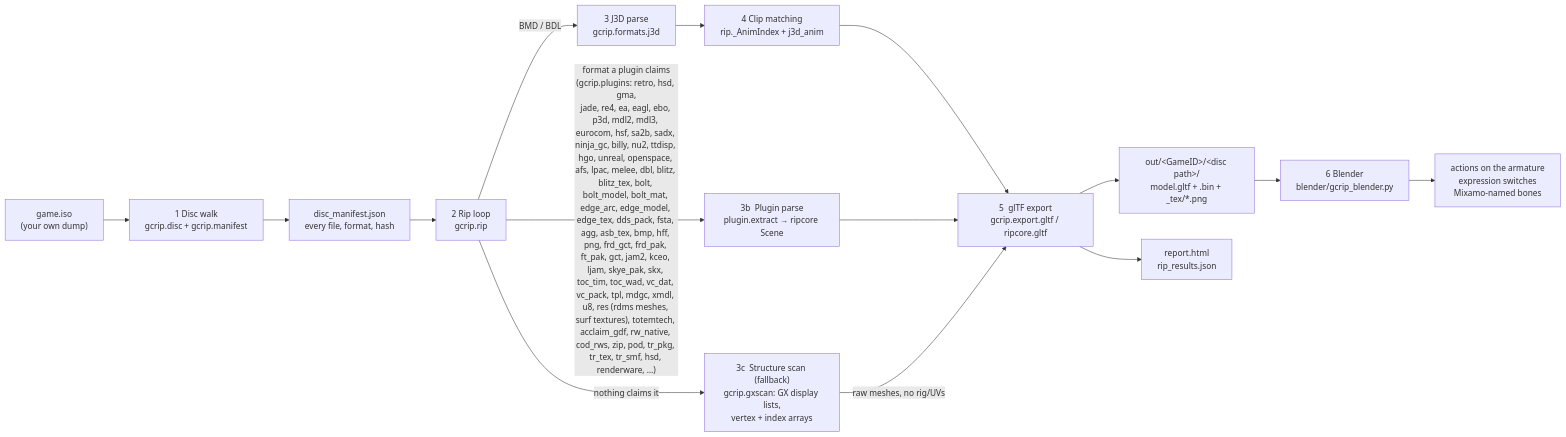
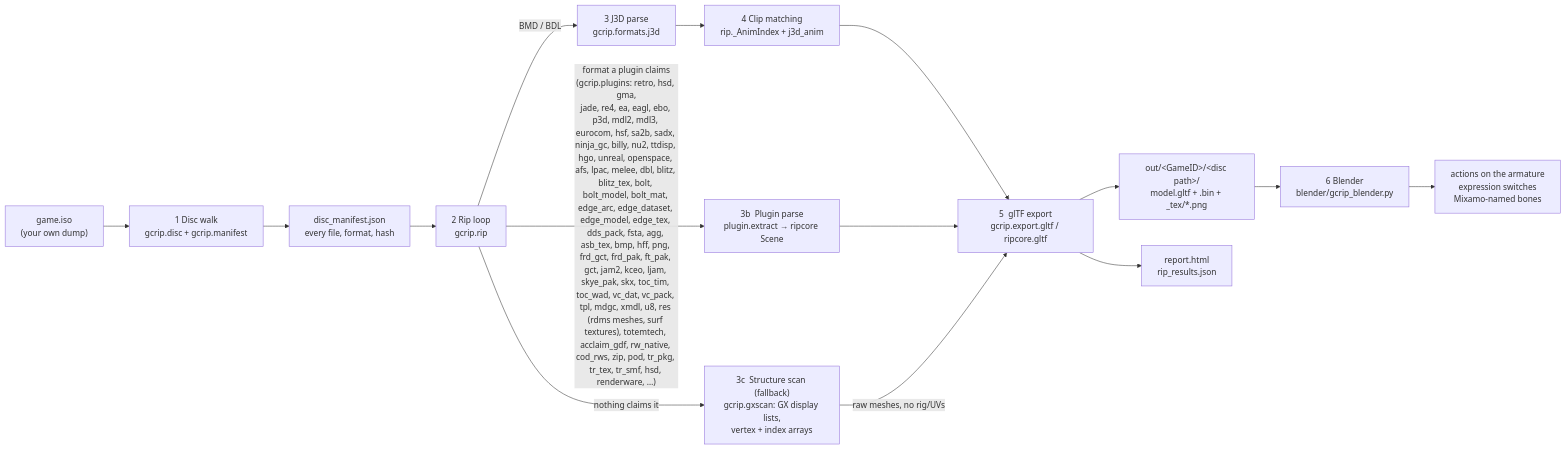
Before and after one commit to Felbs/3d-ripper-9000: the first of 10 diagrams in docs/PIPELINE.md, drawn with Mermaid. The commit also changed other lines of this file and 10 other files, not shown here.

````diff
--- a/docs/PIPELINE.md
+++ b/docs/PIPELINE.md
@@ -11,17 +11,17 @@
 ```mermaid
 flowchart LR
     ISO["game.iso<br/>(your own dump)"] --> WALK["1  Disc walk<br/>gcrip.disc + gcrip.manifest"]
     WALK --> MAN["disc_manifest.json<br/>every file, format, hash"]
     MAN --> RIP["2  Rip loop<br/>gcrip.rip"]
     RIP -->|"BMD / BDL"| J3D["3  J3D parse<br/>gcrip.formats.j3d"]
-    RIP -->|"format a plugin claims<br/>(gcrip.plugins: retro, hsd, gma,<br/>jade, re4, ea, eagl, ebo, p3d, mdl2, mdl3, eurocom, hsf, sa2b, sadx, ninja_gc, billy, nu2, ttdisp, hgo, unreal, openspace, afs, lpac, melee, dbl, blitz, blitz_tex, bolt, bolt_model, bolt_mat, edge_arc, edge_model, edge_tex, dds_pack, fsta, agg, asb_tex, bmp, hff, png, frd_gct, frd_pak, ft_pak, gct, jam2, kceo, ljam, skye_pak, skx, toc_tim, toc_wad, vc_dat, vc_pack, tpl, mdgc, xmdl, u8, res (rdms meshes, surf textures), totemtech, acclaim_gdf, rw_native, cod_rws, zip, pod, tr_pkg, tr_tex, tr_smf, hsd, renderware, …)"| PLUG["3b  Plugin parse<br/>plugin.extract → ripcore Scene"]
+    RIP -->|"format a plugin claims<br/>(gcrip.plugins: retro, hsd, gma,<br/>jade, re4, ea, eagl, ebo, p3d, mdl2, mdl3, eurocom, hsf, sa2b, sadx, ninja_gc, billy, nu2, ttdisp, hgo, unreal, openspace, afs, lpac, melee, dbl, blitz, blitz_tex, bolt, bolt_model, bolt_mat, edge_arc, edge_dataset, edge_model, edge_tex, dds_pack, fsta, agg, asb_tex, bmp, hff, png, frd_gct, frd_pak, ft_pak, gct, jam2, kceo, ljam, skye_pak, skx, toc_tim, toc_wad, vc_dat, vc_pack, tpl, mdgc, xmdl, u8, res (rdms meshes, surf textures), totemtech, acclaim_gdf, rw_native, cod_rws, zip, pod, tr_pkg, tr_tex, tr_smf, hsd, renderware, …)"| PLUG["3b  Plugin parse<br/>plugin.extract → ripcore Scene"]
     RIP -->|"nothing claims it"| GX["3c  Structure scan (fallback)<br/>gcrip.gxscan: GX display lists,<br/>vertex + index arrays"]
     J3D --> ANIM["4  Clip matching<br/>rip._AnimIndex + j3d_anim"]
     ANIM --> GLTF["5  glTF export<br/>gcrip.export.gltf / ripcore.gltf"]
     PLUG --> GLTF
     GX -->|"raw meshes, no rig/UVs"| GLTF
     GLTF --> OUT["out/&lt;GameID&gt;/&lt;disc path&gt;/<br/>model.gltf + .bin + _tex/*.png"]
     GLTF --> REP["report.html<br/>rip_results.json"]
     OUT --> BL["6  Blender<br/>blender/gcrip_blender.py"]
     BL --> PLAY["actions on the armature<br/>expression switches<br/>Mixamo-named bones"]
 ```
````
